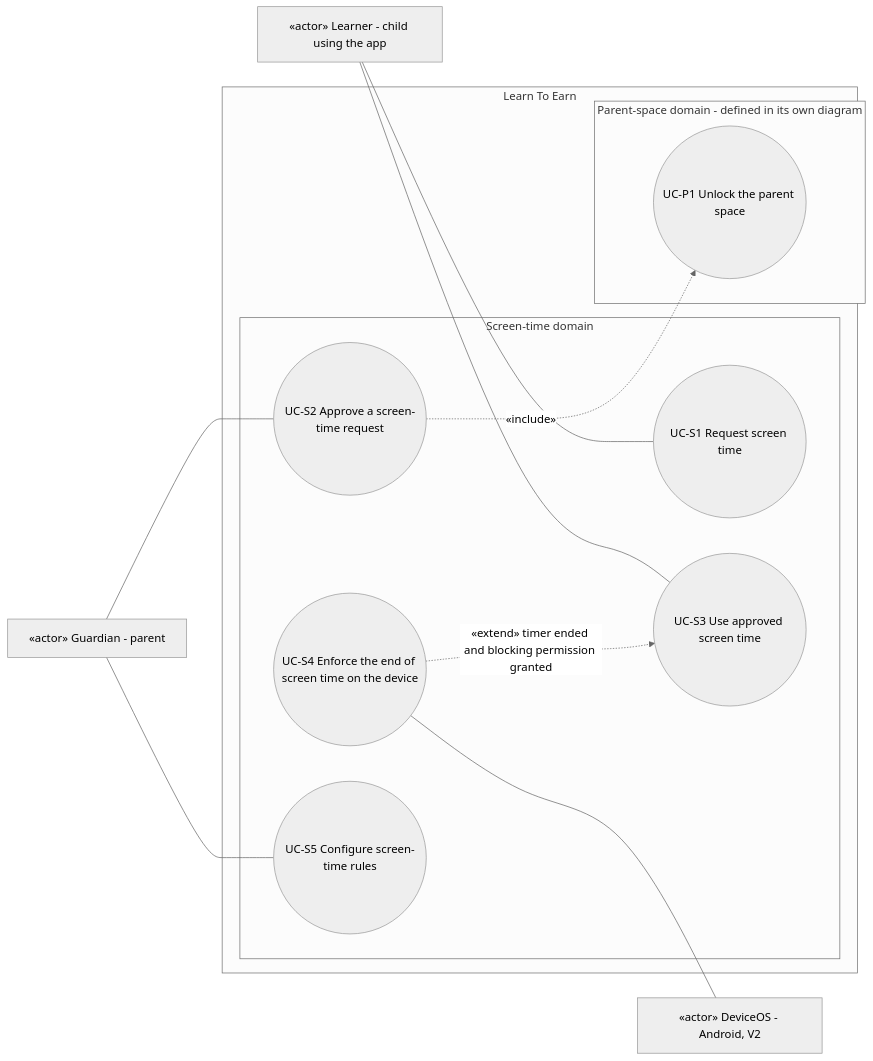
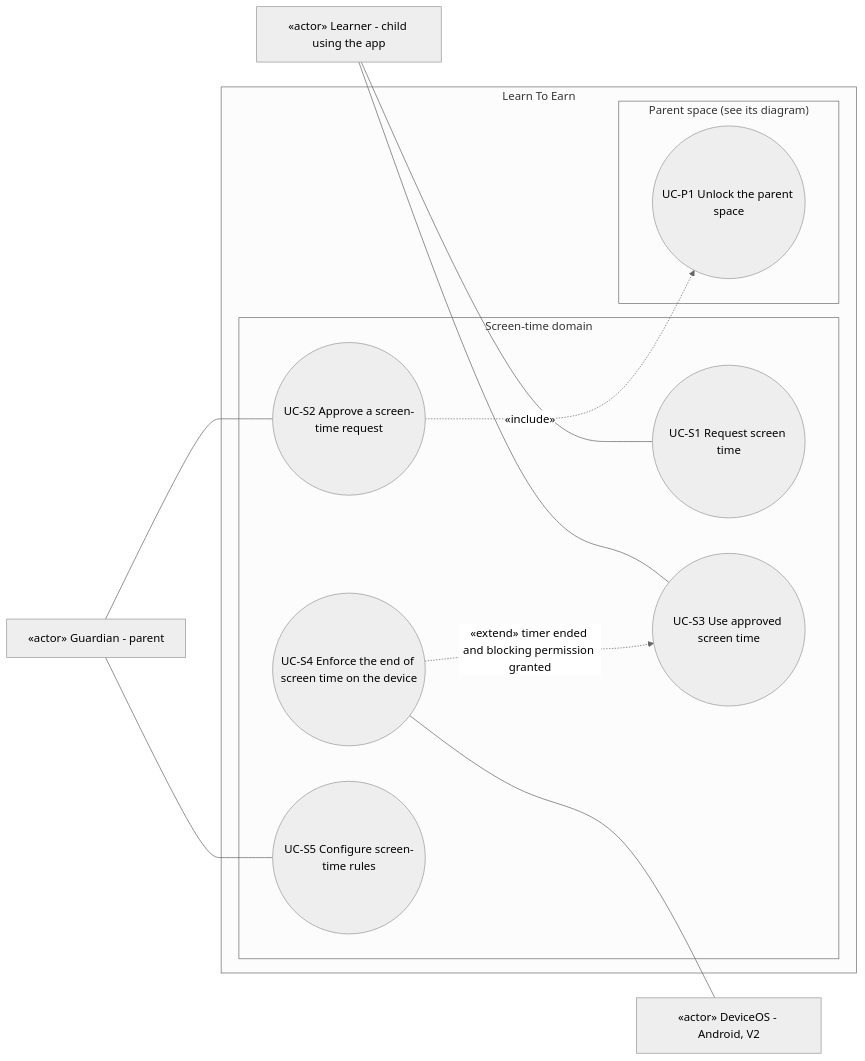
Before and after one commit to benoit-bremaud/learn-to-earn: the diagram in docs/architecture/diagrams/screen-time/01-use-case.md, drawn with Mermaid (neutral theme).

Commit message:
docs(architecture): shorten screen-time subgraph title to avoid overlap

````diff
--- a/docs/architecture/diagrams/screen-time/01-use-case.md
+++ b/docs/architecture/diagrams/screen-time/01-use-case.md
@@ -14,25 +14,25 @@
 ```mermaid
 flowchart LR
   Learner["«actor» Learner - child using the app"]
   Guardian["«actor» Guardian - parent"]
   DeviceOS["«actor» DeviceOS - Android, V2"]
   subgraph SYSTEM ["Learn To Earn"]
     subgraph ST ["Screen-time domain"]
       S1(("UC-S1 Request screen time"))
       S2(("UC-S2 Approve a screen-time request"))
       S3(("UC-S3 Use approved screen time"))
       S4(("UC-S4 Enforce the end of screen time on the device"))
       S5(("UC-S5 Configure screen-time rules"))
     end
-    subgraph PS ["Parent-space domain - defined in its own diagram"]
+    subgraph PS ["Parent space (see its diagram)"]
       P1(("UC-P1 Unlock the parent space"))
     end
   end
   Learner --- S1
   Learner --- S3
   Guardian --- S2
   Guardian --- S5
   S4 --- DeviceOS
   S2 -.->|"«include»"| P1
   S4 -.->|"«extend» timer ended and blocking permission granted"| S3
 ```
````
